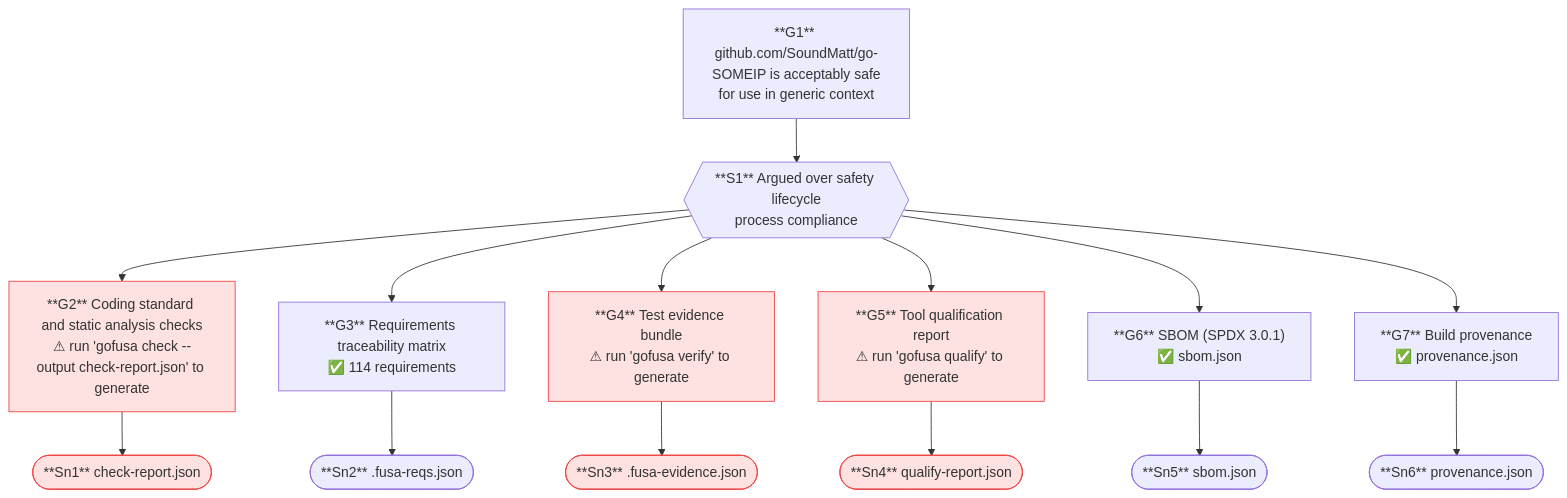
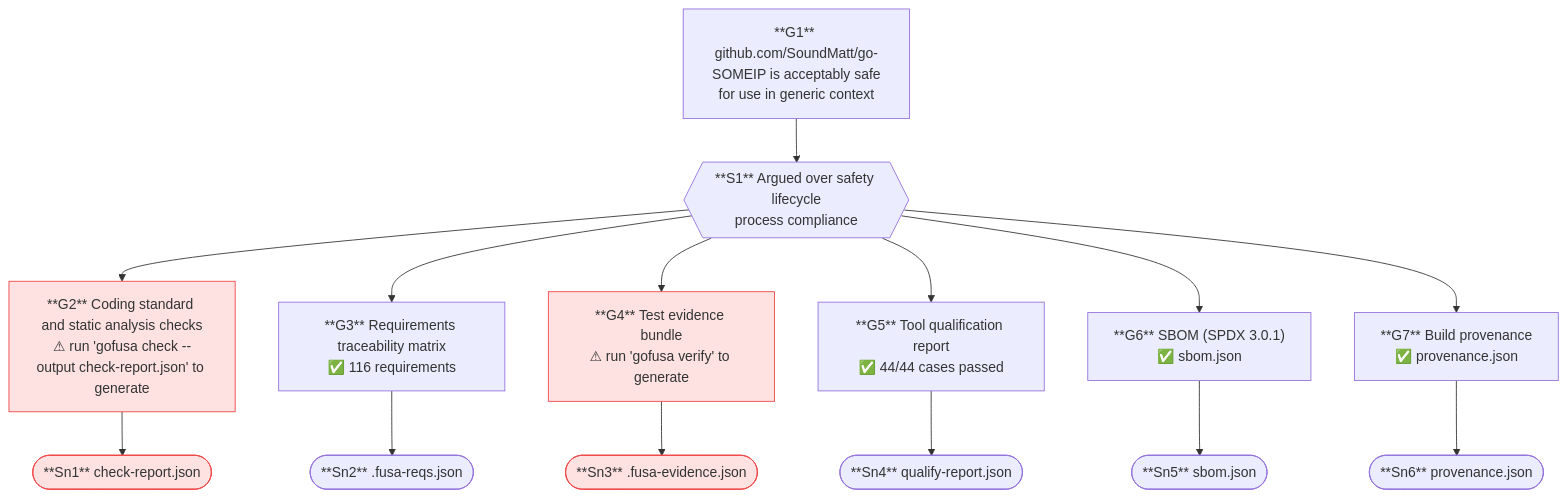
One commit to SoundMatt/go-SOMEIP changed the diagram in safety-case.mermaid. Above: the diagram before and after it, drawn with Mermaid. The commit also changed 11 other files, not shown here.

```diff
--- a/safety-case.mermaid
+++ b/safety-case.mermaid
@@ -1,34 +1,32 @@
 flowchart TD
     G1["**G1** github.com/SoundMatt/go-SOMEIP is acceptably safe\nfor use in generic context"]
     S1{{"**S1** Argued over safety lifecycle\nprocess compliance"}}
     G2["**G2** Coding standard and static analysis checks\n⚠ run 'gofusa check --output check-report.json' to generate"]
     Sn1(["**Sn1** check-report.json"])
-    G3["**G3** Requirements traceability matrix\n✅ 114 requirements"]
+    G3["**G3** Requirements traceability matrix\n✅ 116 requirements"]
     Sn2(["**Sn2** .fusa-reqs.json"])
     G4["**G4** Test evidence bundle\n⚠ run 'gofusa verify' to generate"]
     Sn3(["**Sn3** .fusa-evidence.json"])
-    G5["**G5** Tool qualification report\n⚠ run 'gofusa qualify' to generate"]
+    G5["**G5** Tool qualification report\n✅ 44/44 cases passed"]
     Sn4(["**Sn4** qualify-report.json"])
     G6["**G6** SBOM (SPDX 3.0.1)\n✅ sbom.json"]
     Sn5(["**Sn5** sbom.json"])
     G7["**G7** Build provenance\n✅ provenance.json"]
     Sn6(["**Sn6** provenance.json"])
     G1 --> S1
     S1 --> G2
     S1 --> G3
     S1 --> G4
     S1 --> G5
     S1 --> G6
     S1 --> G7
     G2 --> Sn1
     G3 --> Sn2
     G4 --> Sn3
     G5 --> Sn4
     G6 --> Sn5
     G7 --> Sn6
     style G2 fill:#fee2e2,stroke:#ef4444
     style Sn1 fill:#fee2e2,stroke:#ef4444
     style G4 fill:#fee2e2,stroke:#ef4444
     style Sn3 fill:#fee2e2,stroke:#ef4444
-    style G5 fill:#fee2e2,stroke:#ef4444
-    style Sn4 fill:#fee2e2,stroke:#ef4444
```
